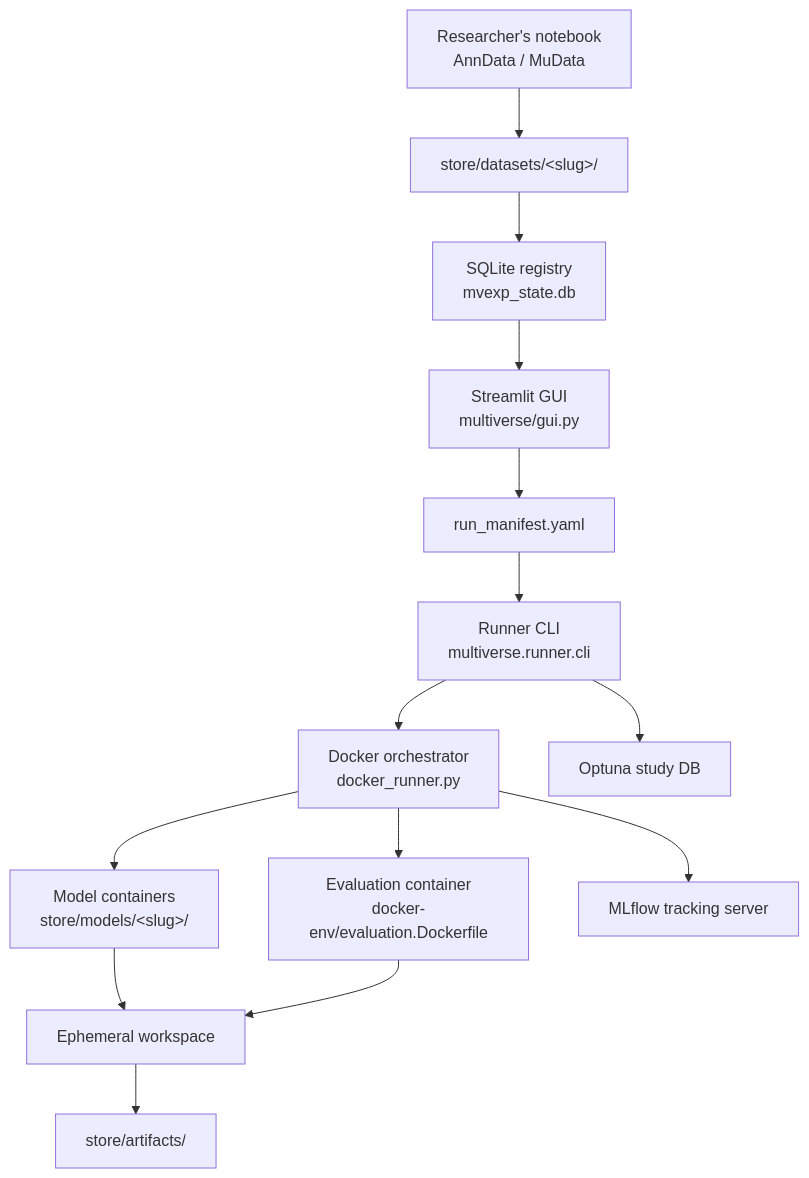
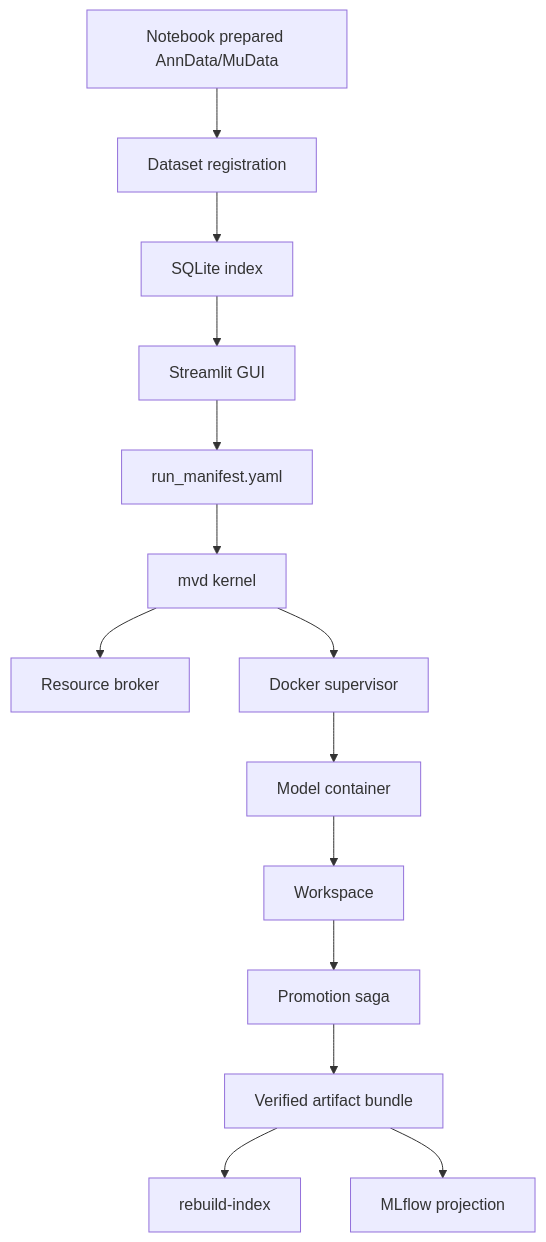
The diagram in docs/ARCHITECTURE.md (sifrimlab/multiverse), drawn with Mermaid before and after one commit. The commit also changed other lines of this file and 105 other files, not shown here.

````diff
--- a/docs/ARCHITECTURE.md
+++ b/docs/ARCHITECTURE.md
@@ -18,16 +17,16 @@
 ```mermaid
 flowchart TD
-    A[Researcher's notebook<br/>AnnData / MuData] --> B[store/datasets/&lt;slug&gt;/]
-    B --> C[SQLite registry<br/>mvexp_state.db]
-    C --> D[Streamlit GUI<br/>multiverse/gui.py]
+    A[Notebook prepared AnnData/MuData] --> B[Dataset registration]
+    B --> C[SQLite index]
+    C --> D[Streamlit GUI]
     D --> E[run_manifest.yaml]
-    E --> F[Runner CLI<br/>multiverse.runner.cli]
-    F --> G[Docker orchestrator<br/>docker_runner.py]
-    G --> H[Model containers<br/>store/models/&lt;slug&gt;/]
-    G --> I[Evaluation container<br/>docker-env/evaluation.Dockerfile]
-    H --> J[Ephemeral workspace]
-    I --> J
-    J --> K[store/artifacts/]
-    G --> L[MLflow tracking server]
-    F --> M[Optuna study DB]
+    E --> F[mvd kernel]
+    F --> G[Resource broker]
+    F --> H[Docker supervisor]
+    H --> I[Model container]
+    I --> J[Workspace]
+    J --> K[Promotion saga]
+    K --> L[Verified artifact bundle]
+    L --> M[rebuild-index]
+    L --> N[MLflow projection]
 ```
````
